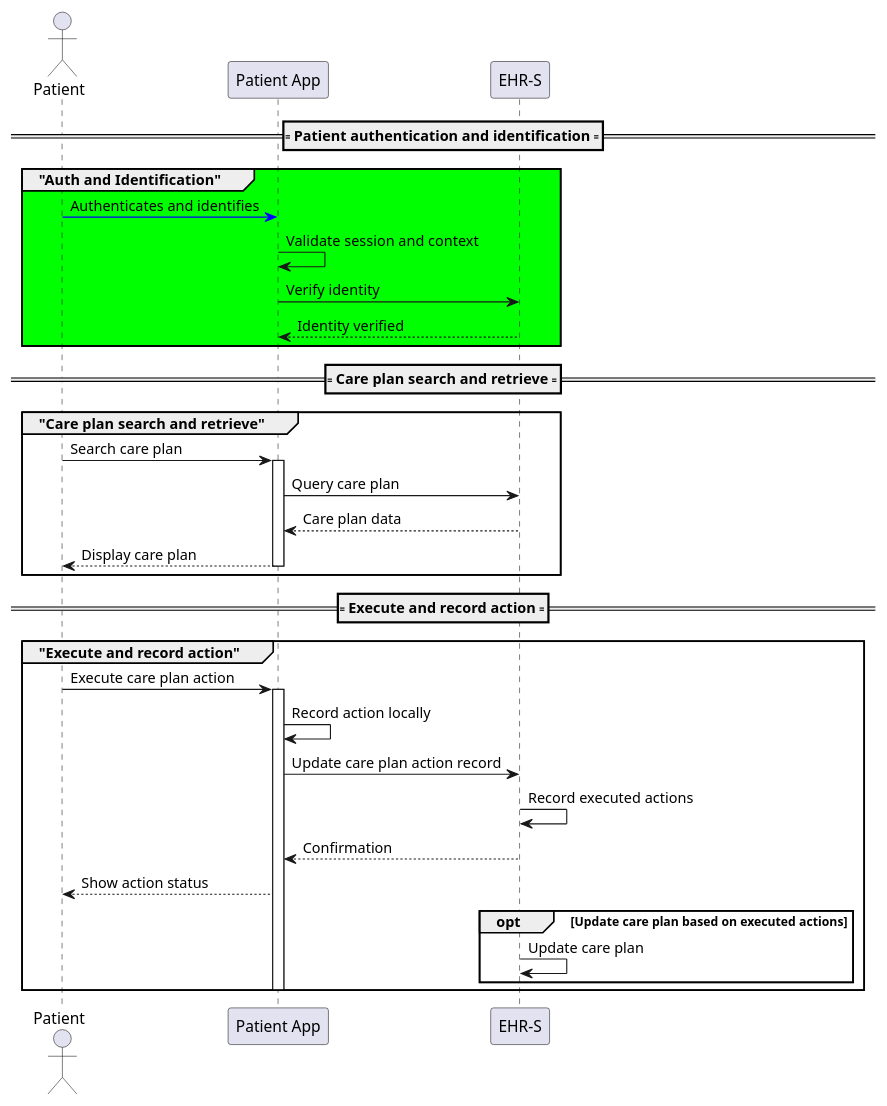
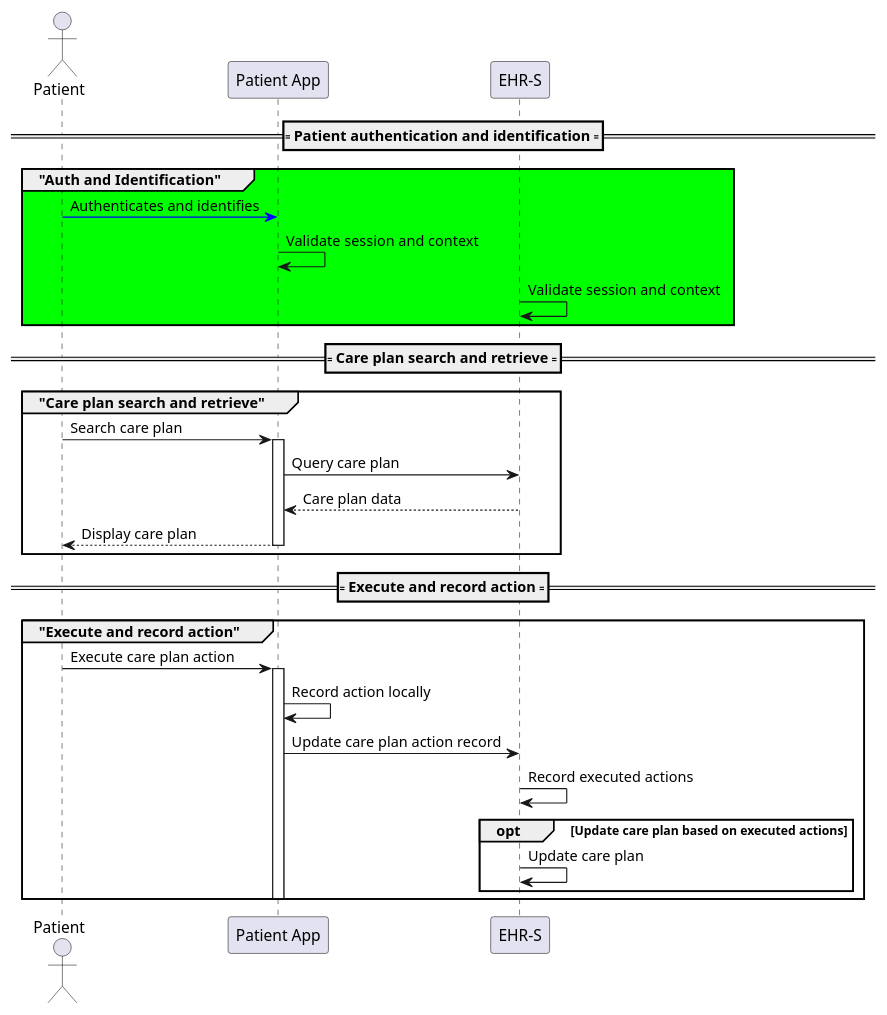
Before and after one commit to hl7-eu/xshare-careplan: the diagram in input/images-source/seq-pat-actions.plantuml, drawn with PlantUML. The commit also changed 9 other files, not shown here.

```diff
--- a/input/images-source/seq-pat-actions.plantuml
+++ b/input/images-source/seq-pat-actions.plantuml
@@ -1,39 +1,36 @@
 @startuml
 actor "Patient" as PAT
 participant "Patient App" as PAT_APP
 participant "EHR-S" as EHR_S
 
 ==== Patient authentication and identification ====
 group #00FF00 "Auth and Identification"
 PAT -[#blue]> PAT_APP: Authenticates and identifies
 PAT_APP -> PAT_APP: Validate session and context
-PAT_APP -> EHR_S: Verify identity
-EHR_S --> PAT_APP: Identity verified
+EHR_S -> EHR_S: Validate session and context
 end group
 
 ==== Care plan search and retrieve ====
 group "Care plan search and retrieve"
 PAT -> PAT_APP: Search care plan
 activate PAT_APP
 PAT_APP -> EHR_S: Query care plan
 EHR_S --> PAT_APP: Care plan data
 PAT_APP --> PAT: Display care plan
 deactivate PAT_APP
 end group
 
 ==== Execute and record action ====
 group "Execute and record action"
 PAT -> PAT_APP: Execute care plan action
 activate PAT_APP
 PAT_APP -> PAT_APP: Record action locally
 PAT_APP -> EHR_S: Update care plan action record
 EHR_S -> EHR_S: Record executed actions
-EHR_S --> PAT_APP: Confirmation
-PAT_APP --> PAT: Show action status
 opt Update care plan based on executed actions
 EHR_S -> EHR_S: Update care plan
 end opt
 deactivate PAT_APP
 end group
 
 @enduml
```
